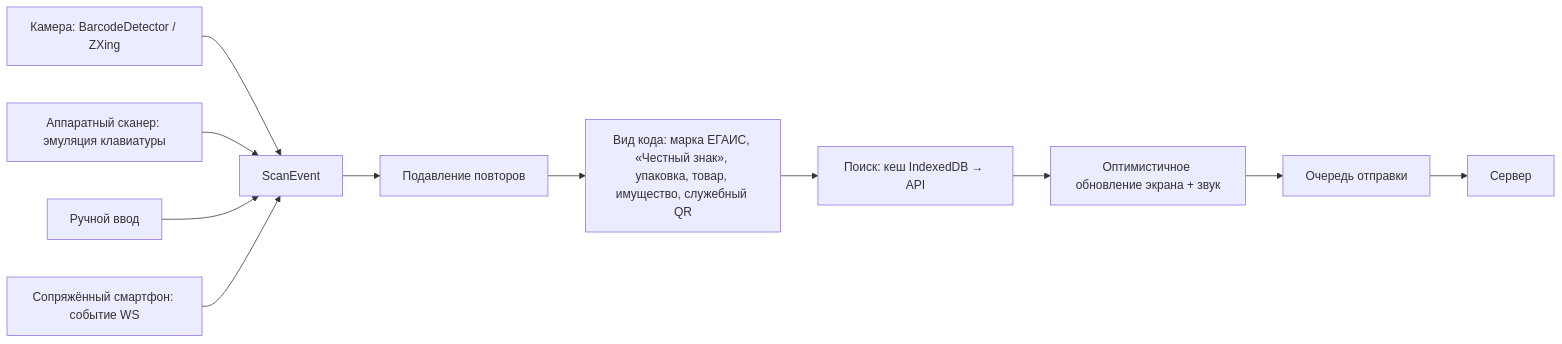
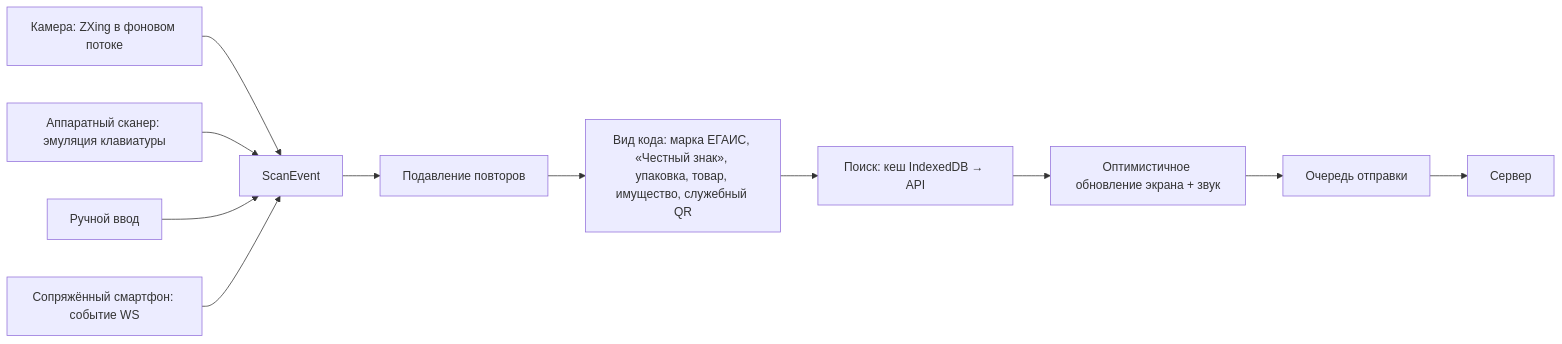
The diagram in docs/design/frontend.md (ADEXITUM/pikni), drawn with Mermaid before and after one commit. The commit also changed other lines of this file and 6 other files, not shown here.

````diff
--- a/docs/design/frontend.md
+++ b/docs/design/frontend.md
@@ -175,9 +175,9 @@
 ```mermaid
 flowchart LR
-  CAM[Камера: BarcodeDetector / ZXing] --> E[ScanEvent]
+  CAM[Камера: ZXing в фоновом потоке] --> E[ScanEvent]
   KBD[Аппаратный сканер: эмуляция клавиатуры] --> E
   MAN[Ручной ввод] --> E
   WS[Сопряжённый смартфон: событие WS] --> E
   E --> D[Подавление повторов] --> K[Вид кода: марка ЕГАИС, «Честный знак», упаковка, товар, имущество, служебный QR]
   K --> R[Поиск: кеш IndexedDB → API] --> U[Оптимистичное обновление экрана + звук] --> Q[Очередь отправки] --> S[Сервер]
 ```
````
